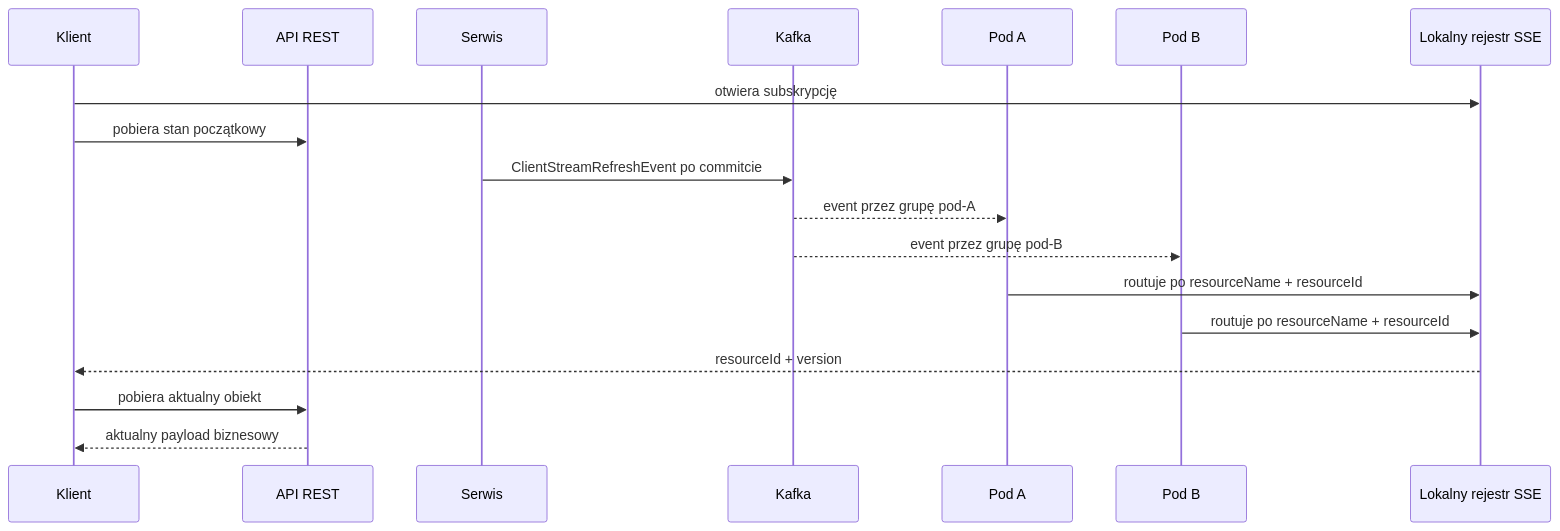
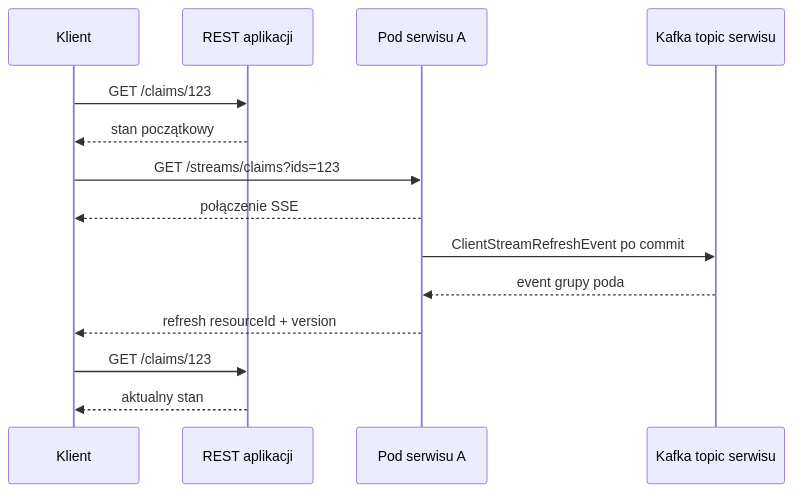
The first of 2 diagrams in docs/libraries/stream.md (KNOSERO/core_java_ravcube), drawn with Mermaid before and after one commit. The commit also changed other lines of this file, not shown here.

Commit message:
Document stream behavior and boundaries

````diff
--- a/docs/libraries/stream.md
+++ b/docs/libraries/stream.md
@@ -23,21 +15,17 @@
-```mermaid
+~~~mermaid
 sequenceDiagram
-  participant Client as Klient
-  participant REST as API REST
-  participant App as Serwis
-  participant Kafka as Kafka
-  participant PodA as Pod A
-  participant PodB as Pod B
-  participant SSE as Lokalny rejestr SSE
+    participant Client as Klient
+    participant REST as REST aplikacji
+    participant PodA as Pod serwisu A
+    participant Kafka as Kafka topic serwisu
 
-  Client->>SSE: otwiera subskrypcję
-  Client->>REST: pobiera stan początkowy
-  App->>Kafka: ClientStreamRefreshEvent po commitcie
-  Kafka-->>PodA: event przez grupę pod-A
-  Kafka-->>PodB: event przez grupę pod-B
-  PodA->>SSE: routuje po resourceName + resourceId
-  PodB->>SSE: routuje po resourceName + resourceId
-  SSE-->>Client: resourceId + version
-  Client->>REST: pobiera aktualny obiekt
-  REST-->>Client: aktualny payload biznesowy
-```
+    Client->>REST: GET /claims/123
+    REST-->>Client: stan początkowy
+    Client->>PodA: GET /streams/claims?ids=123
+    PodA-->>Client: połączenie SSE
+    PodA->>Kafka: ClientStreamRefreshEvent po commit
+    Kafka-->>PodA: event grupy poda
+    PodA-->>Client: refresh resourceId + version
+    Client->>REST: GET /claims/123
+    REST-->>Client: aktualny stan
+~~~
````
